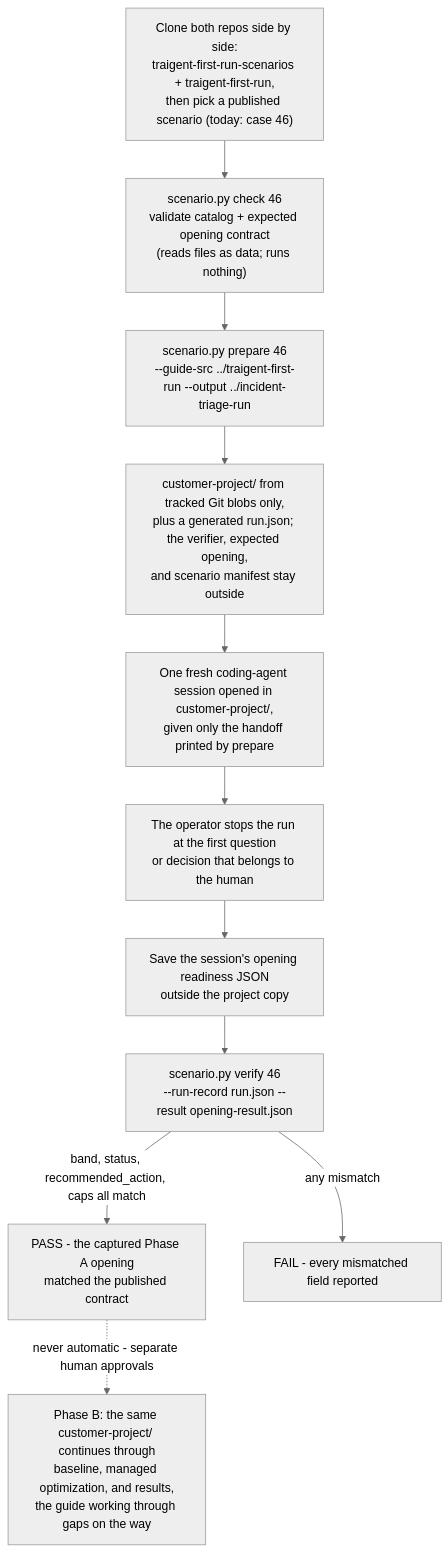
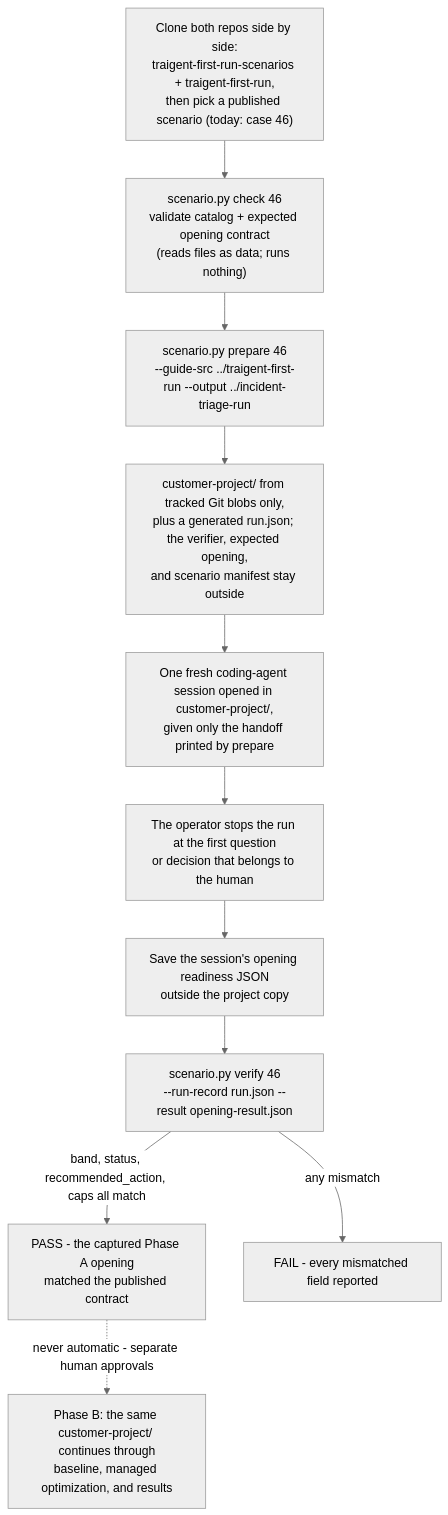
The diagram in README.md (Traigent/traigent-first-run-scenarios), drawn with Mermaid (neutral theme) before and after one commit. The commit also changed other lines of this file and 2 other files, not shown here.

````diff
--- a/README.md
+++ b/README.md
@@ -212,13 +218,13 @@
 ```mermaid
 flowchart TD
     A["Clone both repos side by side:<br/>traigent-first-run-scenarios + traigent-first-run,<br/>then pick a published scenario (today: case 46)"] --> B["scenario.py check 46<br/>validate catalog + expected opening contract<br/>(reads files as data; runs nothing)"]
     B --> C["scenario.py prepare 46<br/>--guide-src ../traigent-first-run --output ../incident-triage-run"]
     C --> D["customer-project/ from tracked Git blobs only,<br/>plus a generated run.json; the verifier, expected opening,<br/>and scenario manifest stay outside"]
     D --> E["One fresh coding-agent session opened in customer-project/,<br/>given only the handoff printed by prepare"]
     E --> F["The operator stops the run at the first question<br/>or decision that belongs to the human"]
     F --> G["Save the session's opening readiness JSON<br/>outside the project copy"]
     G --> H["scenario.py verify 46<br/>--run-record run.json --result opening-result.json"]
     H -->|"band, status, recommended_action, caps all match"| I["PASS - the captured Phase A opening<br/>matched the published contract"]
     H -->|"any mismatch"| J["FAIL - every mismatched field reported"]
-    I -.->|"never automatic - separate human approvals"| K["Phase B: the same customer-project/ continues through<br/>baseline, managed optimization, and results,<br/>the guide working through gaps on the way"]
+    I -.->|"never automatic - separate human approvals"| K["Phase B: the same customer-project/ continues through<br/>baseline, managed optimization, and results"]
 ```
````
